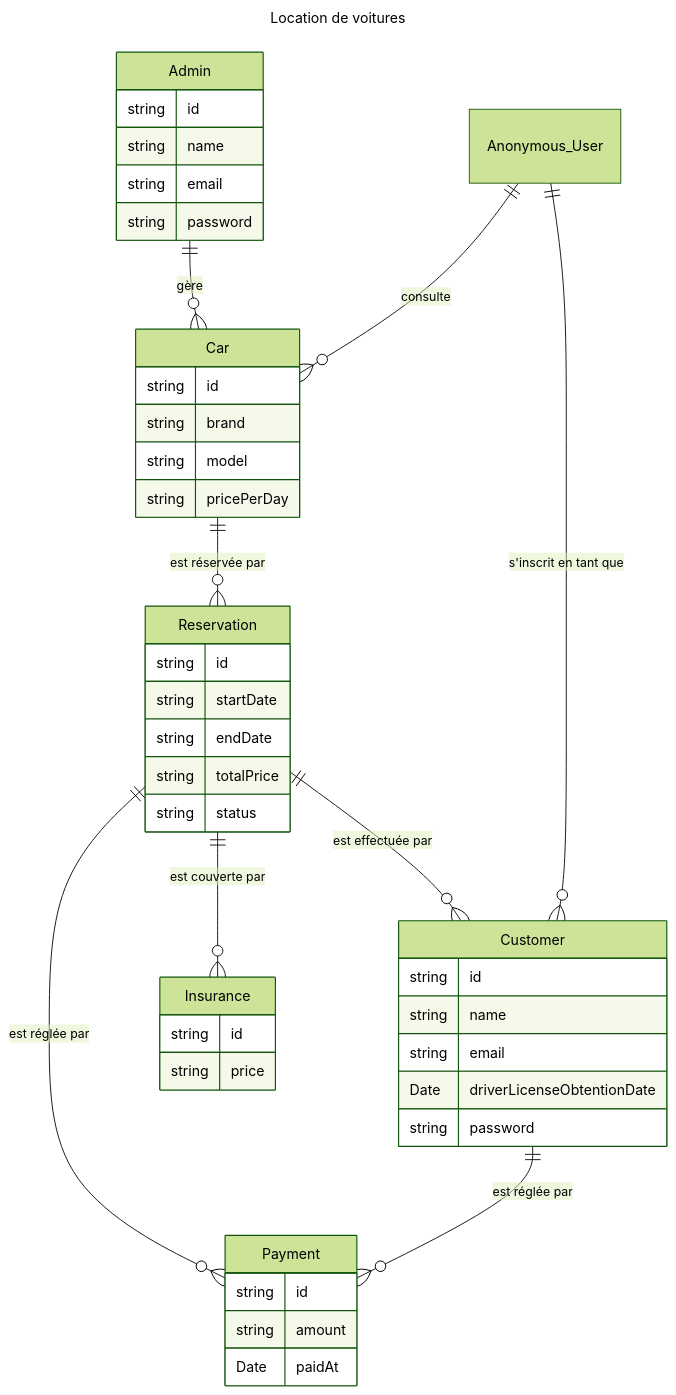
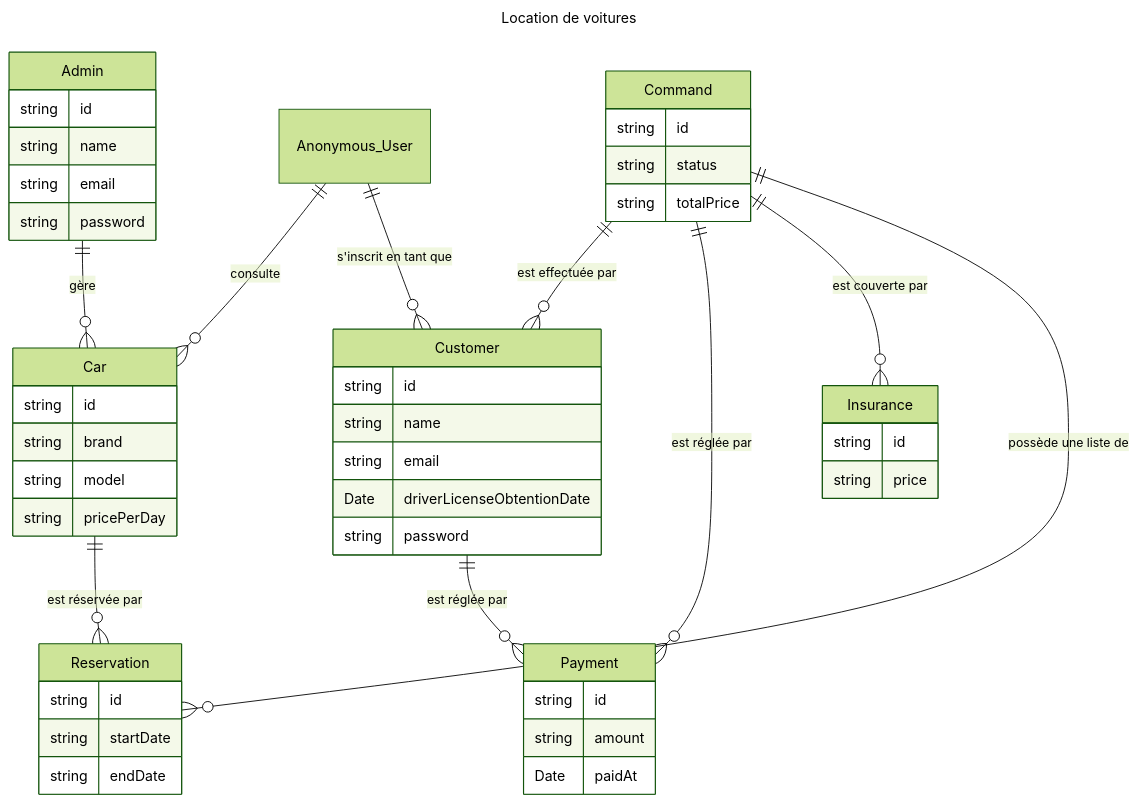
One commit to Marco7507/sdv-tp-symfony changed the diagram in domain-model.mermaid. Above: the diagram before and after it, drawn with Mermaid (forest theme). The commit also changed 61 other files, not shown here.

```diff
--- a/domain-model.mermaid
+++ b/domain-model.mermaid
@@ -1,62 +1,68 @@
 ---
 title: Location de voitures
 ---
 erDiagram
     Admin {
         string id
         string name
         string email
         string password
     }
 
     Car {
         string id
         string brand
         string model
         string pricePerDay
     }
 
     Anonymous_User
 
     Customer {
         string id
         string name
         string email
         Date driverLicenseObtentionDate
         string password
     }
 
     Reservation {
         string id
         string startDate
         string endDate
-        string totalPrice
-        string status
     }
 
     Insurance {
         string id
         string price
     }
 
     Payment {
         string id
         string amount
         Date paidAt
     }
 
+    Command {
+        string id
+        string status
+        string totalPrice
+    }
+
     Car ||--o{ Reservation : "est réservée par"
 
-    Reservation ||--o{ Customer : "est effectuée par"
+    Command ||--o{ Customer : "est effectuée par"
 
-    Reservation ||--o{ Payment : "est réglée par"
+    Command ||--o{ Payment : "est réglée par"
 
-    Reservation ||--o{ Insurance : "est couverte par"
+    Command ||--o{ Insurance : "est couverte par"
 
     Customer ||--o{ Payment : "est réglée par"
 
     Admin ||--o{ Car : "gère"
 
     Anonymous_User ||--o{ Car : "consulte"
 
     Anonymous_User ||--o{ Customer : "s'inscrit en tant que"
+
+    Command ||--o{ Reservation : "possède une liste de"
```
